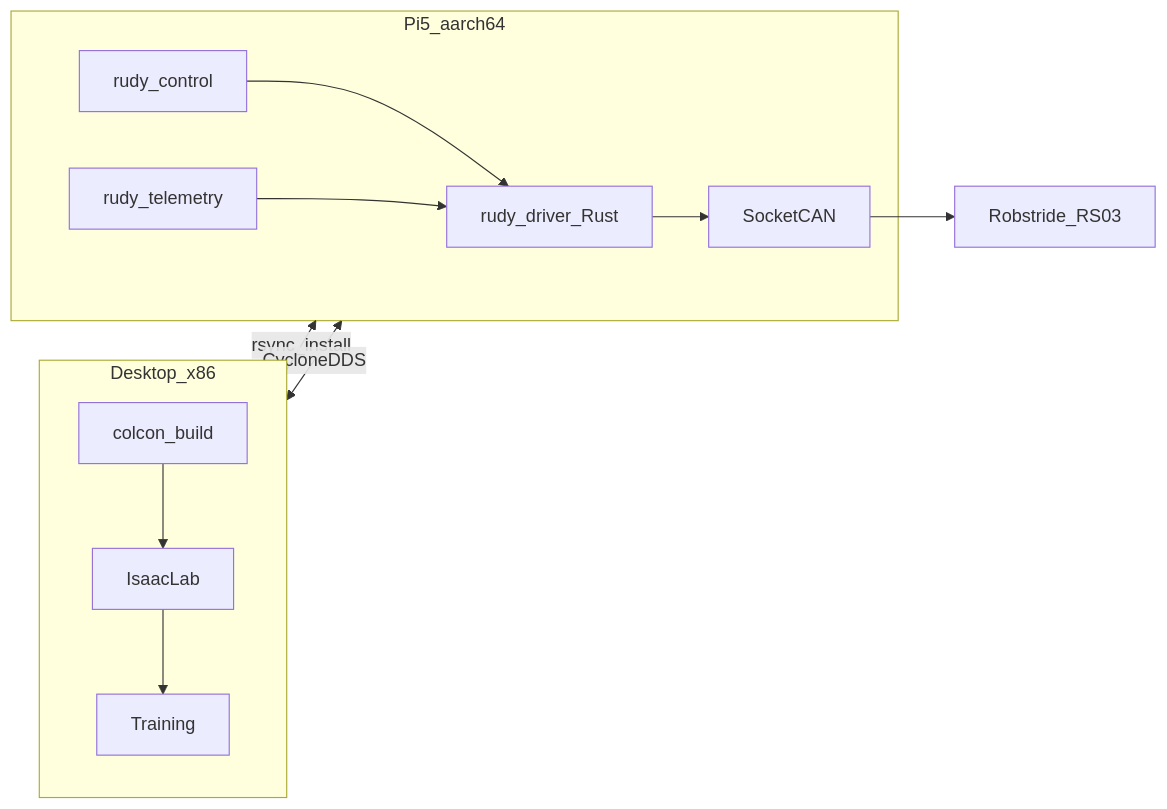
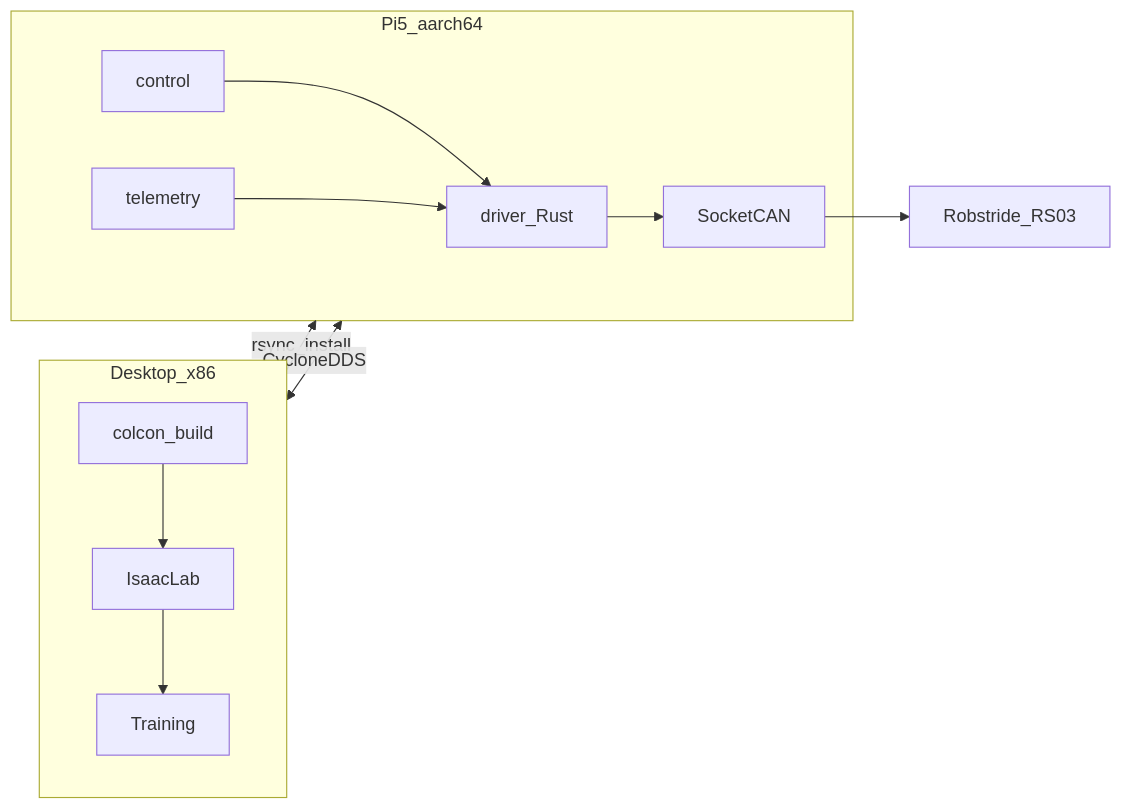
One commit to jaylamping/rudy changed the first of 2 diagrams in docs/architecture.md. Above: the diagram before and after it, drawn with Mermaid. The commit also changed other lines of this file and 120 other files, not shown here.

````diff
--- a/docs/architecture.md
+++ b/docs/architecture.md
@@ -12,22 +12,22 @@
 ```mermaid
 graph LR
   subgraph desktop [Desktop_x86]
     Build[colcon_build]
     Sim[IsaacLab]
     Train[Training]
     Build --> Sim --> Train
   end
 
   subgraph pi5 [Pi5_aarch64]
-    Driver[rudy_driver_Rust]
-    Control[rudy_control]
-    Telem[rudy_telemetry]
+    Driver[driver_Rust]
+    Control[control]
+    Telem[telemetry]
     Driver --> CAN[SocketCAN]
     Control --> Driver
     Telem --> Driver
   end
 
   desktop -->|rsync_install| pi5
   desktop <-->|CycloneDDS| pi5
   CAN --> Act[Robstride_RS03]
 ```
````
